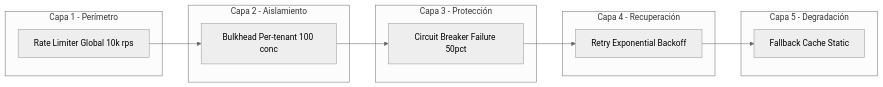
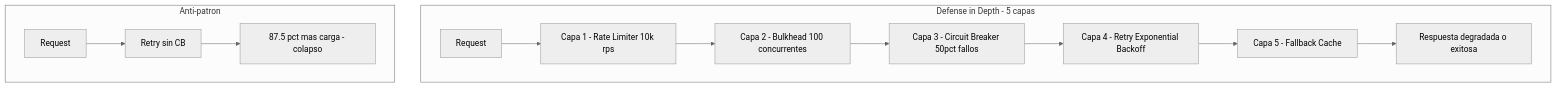
Before and after one commit to Joaquinriosheredia/DAM-Java-Mastery: the first of 5 diagrams in 03_Spring_Ecosystem/resilience4j_circuit_breaker_retry_bulkhead_spring_boot_3_STAFF.md, drawn with Mermaid (neutral theme). The commit also changed other lines of this file, not shown here.

Commit message:
resilience4j_circuit_breaker_retry_bulkhead_spring_boot_3_STAFF.md

````diff
--- a/03_Spring_Ecosystem/resilience4j_circuit_breaker_retry_bulkhead_spring_boot_3_STAFF.md
+++ b/03_Spring_Ecosystem/resilience4j_circuit_breaker_retry_bulkhead_spring_boot_3_STAFF.md
@@ -69,24 +59,16 @@
 ```mermaid
-graph LR
-    subgraph "Capa 1 - Perímetro"
-        RL[Rate Limiter Global 10k rps]
+graph TD
+    subgraph "Defense in Depth - 5 capas"
+        REQ[Request] --> RL[Capa 1 - Rate Limiter 10k rps]
+        RL --> BH[Capa 2 - Bulkhead 100 concurrentes]
+        BH --> CB[Capa 3 - Circuit Breaker 50pct fallos]
+        CB --> RET[Capa 4 - Retry Exponential Backoff]
+        RET --> FB[Capa 5 - Fallback Cache]
+        FB --> RESP[Respuesta degradada o exitosa]
     end
-    
-    subgraph "Capa 2 - Aislamiento"
-        BH[Bulkhead Per-tenant 100 conc]
+
+    subgraph "Anti-patron"
+        REQ2[Request] --> RET2[Retry sin CB]
+        RET2 --> CRASH[87.5 pct mas carga - colapso]
     end
-    
-    subgraph "Capa 3 - Protección"
-        CB[Circuit Breaker Failure 50pct]
-    end
-    
-    subgraph "Capa 4 - Recuperación"
-        RT[Retry Exponential Backoff]
-    end
-    
-    subgraph "Capa 5 - Degradación"
-        FB[Fallback Cache Static]
-    end
-    
-    RL --> BH --> CB --> RT --> FB
 ```
````
